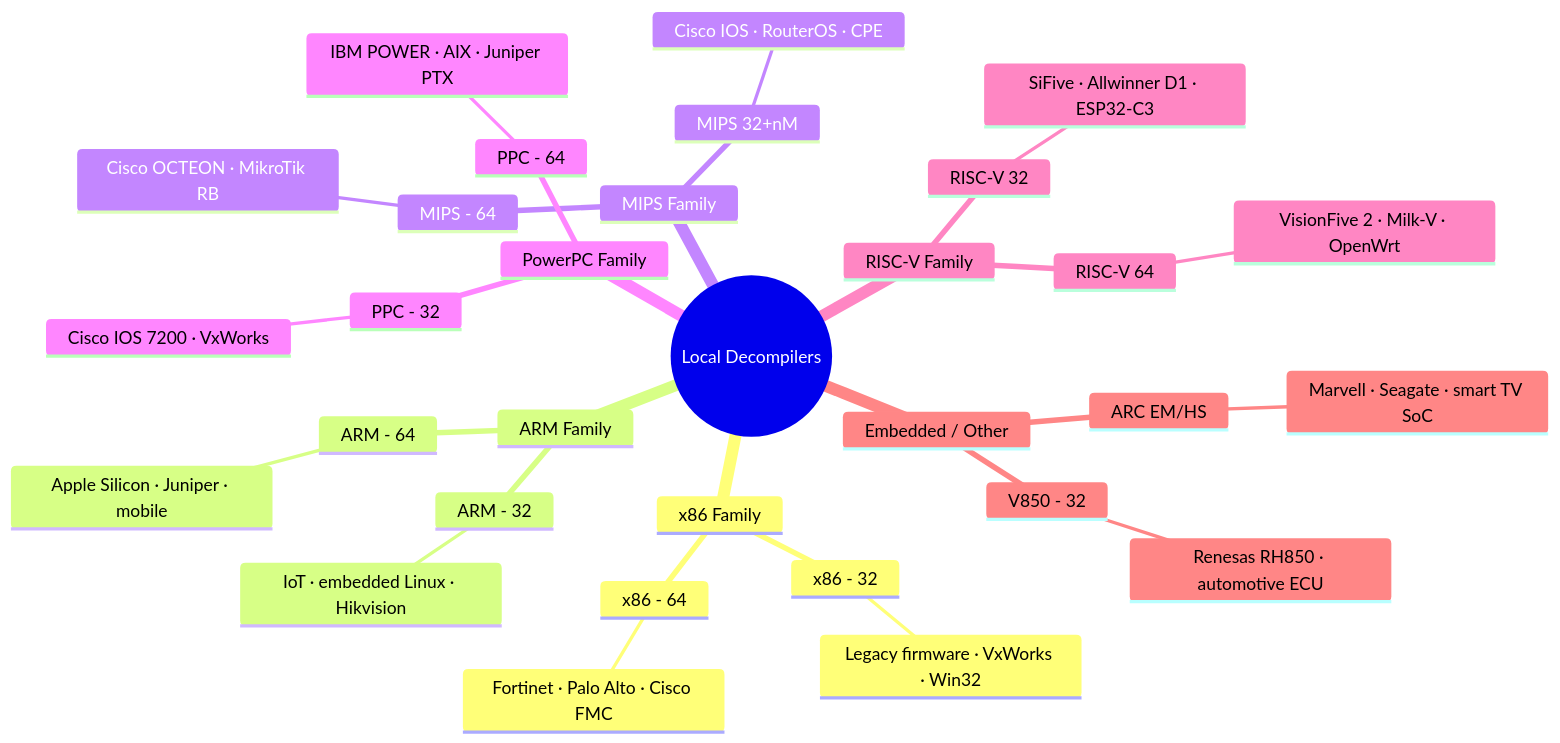
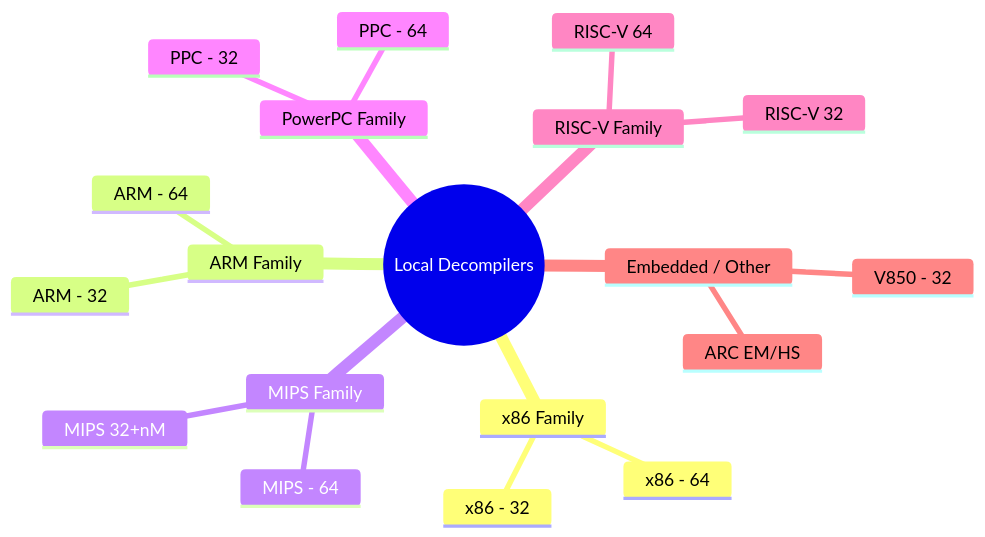
One commit to Ablation-Tool/ablation changed the second of 3 diagrams in README.md. Above: the diagram before and after it, drawn with Mermaid.

````diff
--- a/README.md
+++ b/README.md
@@ -61,34 +61,22 @@
 ```mermaid
 mindmap
   root((Local Decompilers))
     x86 Family
       x86 - 32
-        Legacy firmware · VxWorks · Win32
       x86 - 64
-        Fortinet · Palo Alto · Cisco FMC
     ARM Family
       ARM - 32
-        IoT · embedded Linux · Hikvision
       ARM - 64
-        Apple Silicon · Juniper · mobile
     MIPS Family
       MIPS 32+nM
-        Cisco IOS · RouterOS · CPE
       MIPS - 64
-        Cisco OCTEON · MikroTik RB
     PowerPC Family
       PPC - 32
-        Cisco IOS 7200 · VxWorks
       PPC - 64
-        IBM POWER · AIX · Juniper PTX
     RISC-V Family
       RISC-V 32
-        SiFive · Allwinner D1 · ESP32-C3
       RISC-V 64
-        VisionFive 2 · Milk-V · OpenWrt
     Embedded / Other
       ARC EM/HS
-        Marvell · Seagate · smart TV SoC
       V850 - 32
-        Renesas RH850 · automotive ECU
 ```
````
